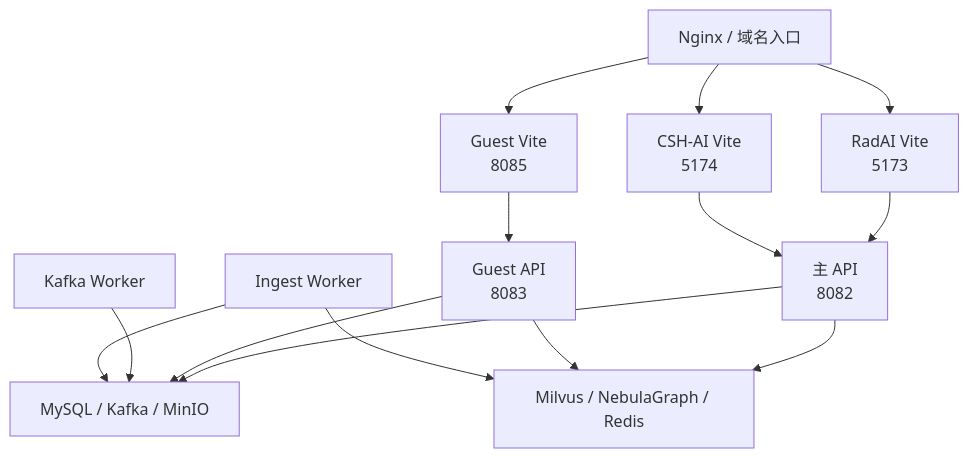
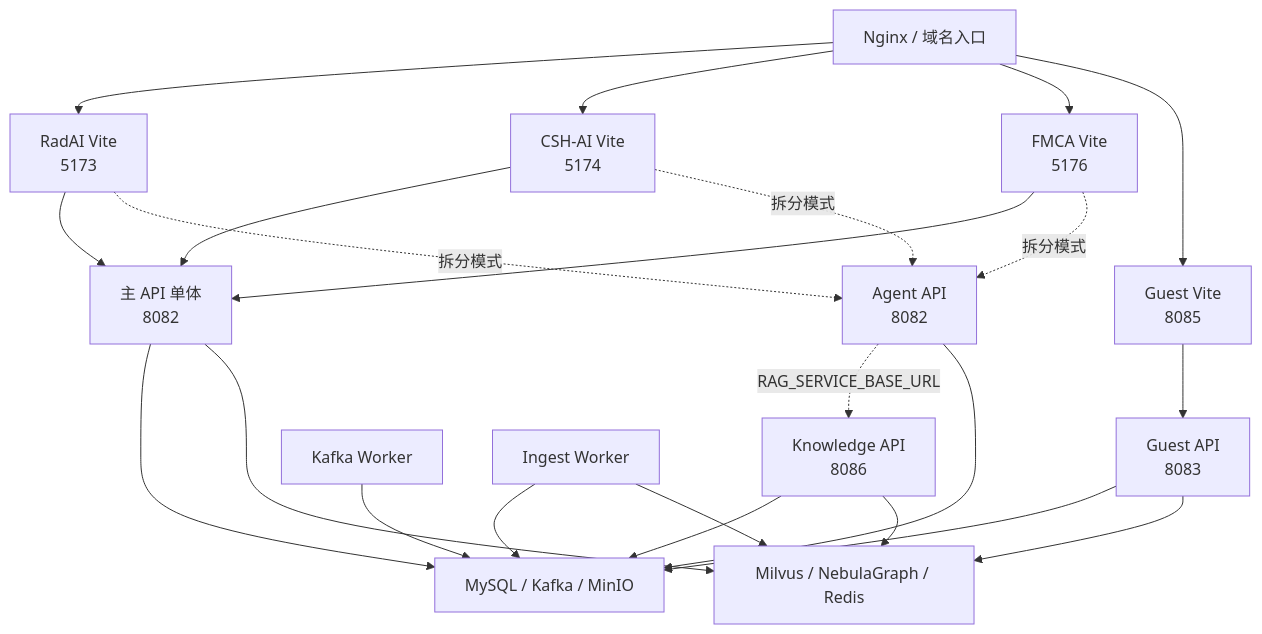
One commit to simpleqt/radai changed diagram 11 of 11 in docs/项目介绍与系统架构.md. Above: the diagram before and after it, drawn with Mermaid. The commit also changed other lines of this file and 1822 other files, not shown here.

````diff
--- a/docs/项目介绍与系统架构.md
+++ b/docs/项目介绍与系统架构.md
@@ -733,27 +830,39 @@
 ```mermaid
 flowchart TB
     NGINX["Nginx / 域名入口"]
     F1["RadAI Vite<br/>5173"]
     F2["CSH-AI Vite<br/>5174"]
+    F4["FMCA Vite<br/>5176"]
     F3["Guest Vite<br/>8085"]
-    API["主 API<br/>8082"]
+    API["主 API 单体<br/>8082"]
+    AAPI["Agent API<br/>8082"]
+    KAPI["Knowledge API<br/>8086"]
     GAPI["Guest API<br/>8083"]
     W1["Kafka Worker"]
     W2["Ingest Worker"]
     CORE["MySQL / Kafka / MinIO"]
     RAGINFRA["Milvus / NebulaGraph / Redis"]
 
     NGINX --> F1
     NGINX --> F2
+    NGINX --> F4
     NGINX --> F3
     F1 --> API
     F2 --> API
+    F4 --> API
+    F1 -.拆分模式.-> AAPI
+    F2 -.拆分模式.-> AAPI
+    F4 -.拆分模式.-> AAPI
+    AAPI -.RAG_SERVICE_BASE_URL.-> KAPI
     F3 --> GAPI
     API --> CORE
+    AAPI --> CORE
+    KAPI --> CORE
     GAPI --> CORE
     API --> RAGINFRA
+    KAPI --> RAGINFRA
     GAPI --> RAGINFRA
     W1 --> CORE
     W2 --> CORE
     W2 --> RAGINFRA
 ```
````
